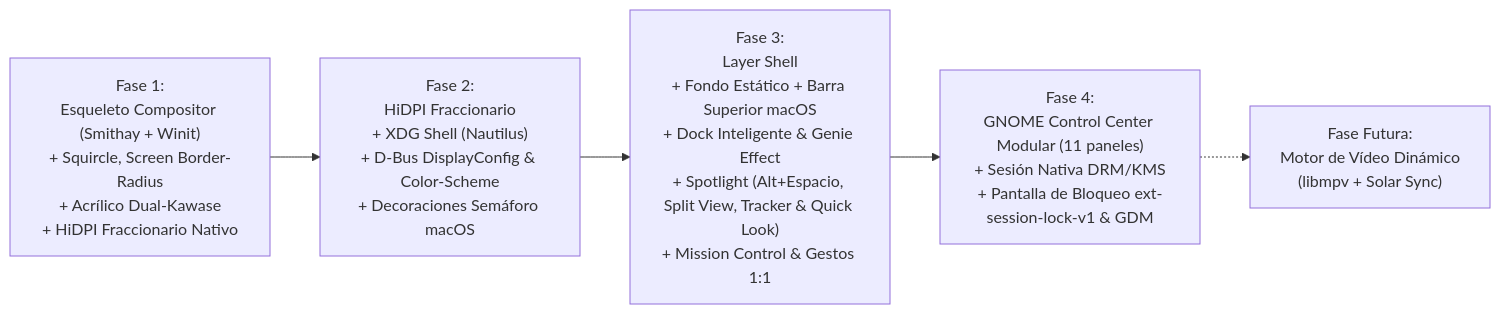
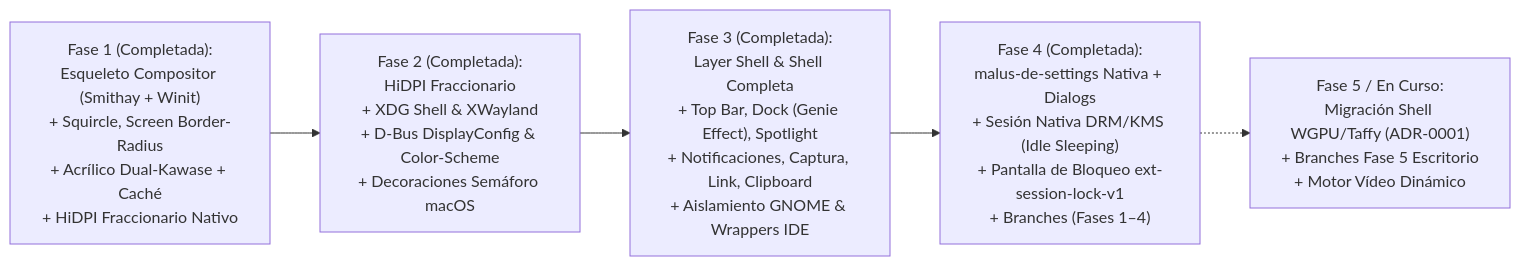
One commit to chanovera-developer/malus-de changed the second of 2 diagrams in prd_entorno_escritorio.md. Above: the diagram before and after it, drawn with Mermaid. The commit also changed other lines of this file and 6 other files, not shown here.

Commit message:
docs: synchronize PRDs, README, and guides with current 16-crate architecture

````diff
--- a/prd_entorno_escritorio.md
+++ b/prd_entorno_escritorio.md
@@ -1207,7 +1225,7 @@
 ```mermaid
 flowchart LR
-    Fase1["Fase 1:\nEsqueleto Compositor (Smithay + Winit)\n+ Squircle, Screen Border-Radius\n+ Acrílico Dual-Kawase\n+ HiDPI Fraccionario Nativo"] --> Fase2["Fase 2:\nHiDPI Fraccionario\n+ XDG Shell (Nautilus)\n+ D-Bus DisplayConfig & Color-Scheme\n+ Decoraciones Semáforo macOS"]
-    Fase2 --> Fase3["Fase 3:\nLayer Shell\n+ Fondo Estático + Barra Superior macOS\n+ Dock Inteligente & Genie Effect\n+ Spotlight (Alt+Espacio, Split View, Tracker & Quick Look)\n+ Mission Control & Gestos 1:1"]
-    Fase3 --> Fase4["Fase 4:\nGNOME Control Center Modular (11 paneles)\n+ Sesión Nativa DRM/KMS\n+ Pantalla de Bloqueo ext-session-lock-v1 & GDM"]
-    Fase4 -.-> FaseFutura["Fase Futura:\nMotor de Vídeo Dinámico\n(libmpv + Solar Sync)"]
+    Fase1["Fase 1 (Completada):\nEsqueleto Compositor (Smithay + Winit)\n+ Squircle, Screen Border-Radius\n+ Acrílico Dual-Kawase + Caché\n+ HiDPI Fraccionario Nativo"] --> Fase2["Fase 2 (Completada):\nHiDPI Fraccionario\n+ XDG Shell & XWayland\n+ D-Bus DisplayConfig & Color-Scheme\n+ Decoraciones Semáforo macOS"]
+    Fase2 --> Fase3["Fase 3 (Completada):\nLayer Shell & Shell Completa\n+ Top Bar, Dock (Genie Effect), Spotlight\n+ Notificaciones, Captura, Link, Clipboard\n+ Aislamiento GNOME & Wrappers IDE"]
+    Fase3 --> Fase4["Fase 4 (Completada):\nmalus-de-settings Nativa + Dialogs\n+ Sesión Nativa DRM/KMS (Idle Sleeping)\n+ Pantalla de Bloqueo ext-session-lock-v1\n+ Branches (Fases 1–4)"]
+    Fase4 -.-> FaseFutura["Fase 5 / En Curso:\nMigración Shell WGPU/Taffy (ADR-0001)\n+ Branches Fase 5 Escritorio\n+ Motor Vídeo Dinámico"]
 ```
````
